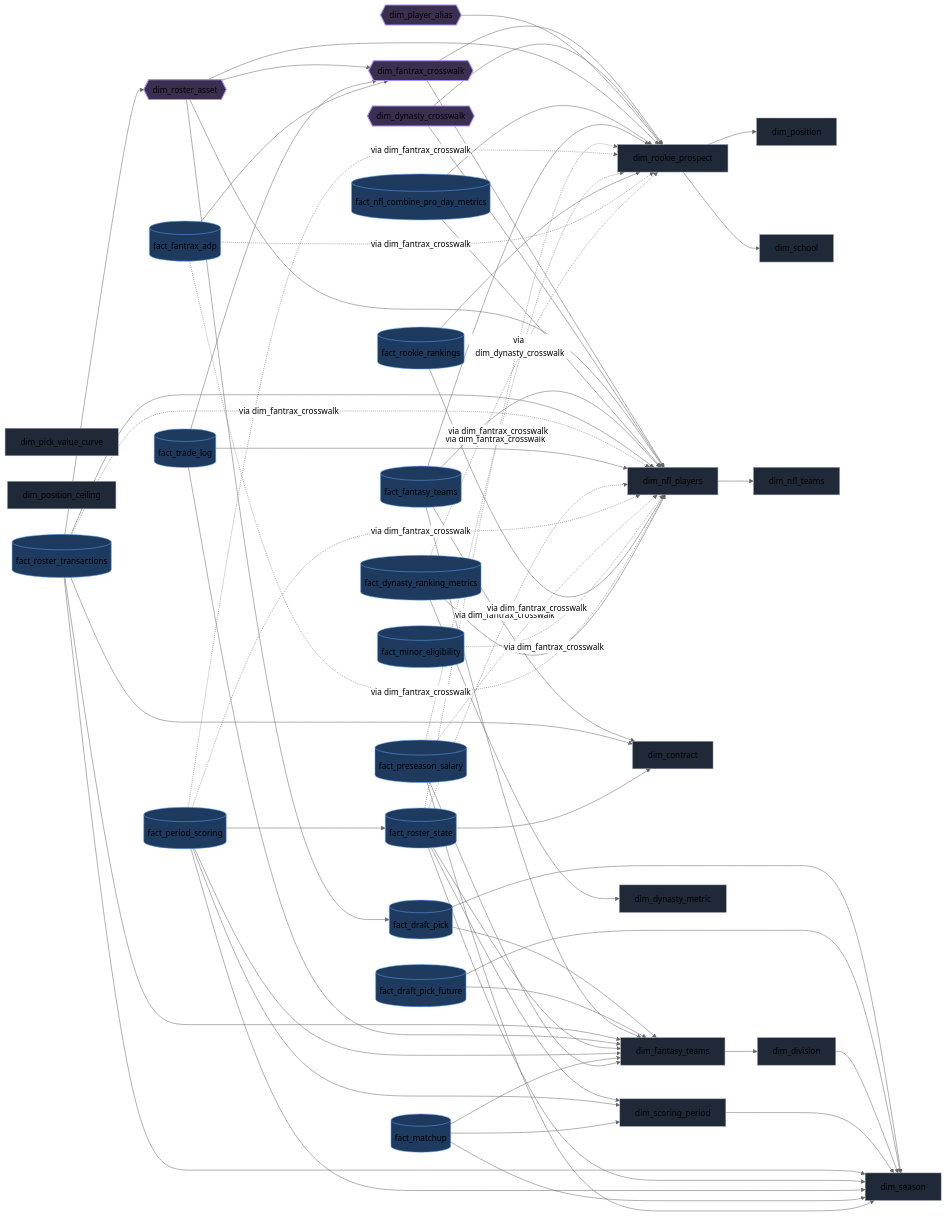
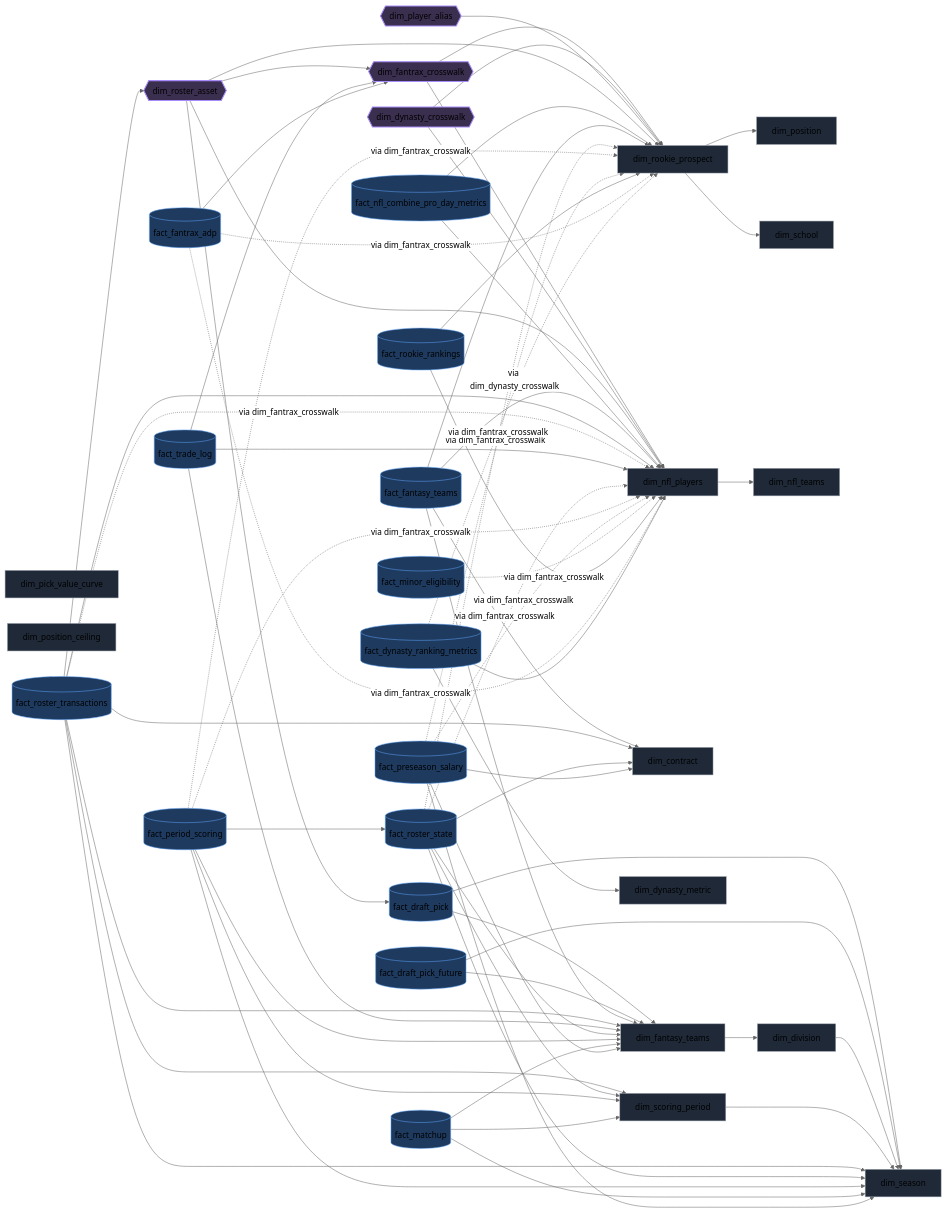
One commit to benjamininja/Python-PowerBI-DynastyFantasyFootball changed the diagram in docs/DATA_MODEL.md. Above: the diagram before and after it, drawn with Mermaid (neutral theme). The commit also changed 17 other files, not shown here.

First line of the commit message:
feat: #96 move key — the ledger is keyed by transaction_id and reads the preseason contract (ADR-0016) (#134)

```diff
--- a/docs/DATA_MODEL.md
+++ b/docs/DATA_MODEL.md
@@ -69,6 +69,7 @@
     fact_roster_transactions --> dim_fantasy_teams
     fact_roster_transactions --> dim_roster_asset
     fact_roster_transactions --> dim_season
+    fact_roster_transactions --> dim_scoring_period
     fact_roster_transactions --> dim_contract
     fact_roster_transactions --> dim_nfl_players
     fact_roster_transactions -.via dim_fantrax_crosswalk.-> dim_nfl_players
@@ -92,6 +93,7 @@
     fact_matchup --> dim_fantasy_teams
     fact_preseason_salary --> dim_season
     fact_preseason_salary --> dim_fantasy_teams
+    fact_preseason_salary --> dim_contract
     fact_preseason_salary -.via dim_fantrax_crosswalk.-> dim_nfl_players
     fact_preseason_salary -.via dim_fantrax_crosswalk.-> dim_rookie_prospect
     fact_minor_eligibility -.via dim_fantrax_crosswalk.-> dim_nfl_players
```
